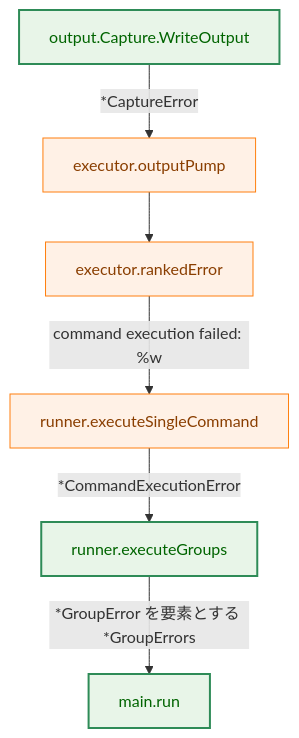
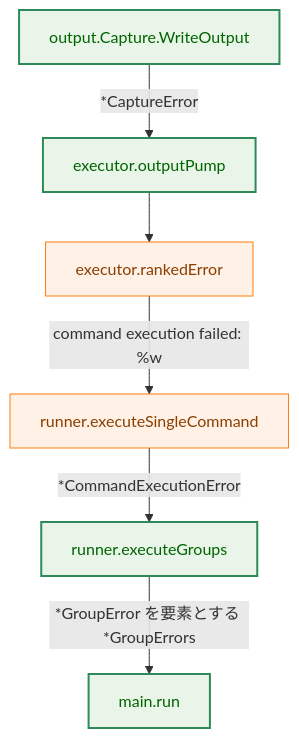
The ninth of 12 diagrams in docs/tasks/0177_multi_group_error_attribution/02_architecture.md (isseis/go-safe-cmd-runner), drawn with Mermaid before and after one commit. The commit also changed other lines of this file, not shown here.

First line of the commit message:
docs(0177): revise architecture for timeout, unlimited output, config checks

````diff
--- a/docs/tasks/0177_multi_group_error_attribution/02_architecture.md
+++ b/docs/tasks/0177_multi_group_error_attribution/02_architecture.md
@@ -467,14 +542,14 @@
 ```mermaid
 flowchart TD
     classDef enhanced fill:#e8f5e8,stroke:#2e8b57,stroke-width:2px,color:#006400;
     classDef process fill:#fff1e6,stroke:#ff7f0e,stroke-width:1px,color:#8a3e00;
 
     W["output.Capture.WriteOutput"] -->|"*CaptureError"| P["executor.outputPump"]
     P --> RE["executor.rankedError"]
     RE -->|"command execution failed: %w"| SC["runner.executeSingleCommand"]
     SC -->|"*CommandExecutionError"| EG["runner.executeGroups"]
     EG -->|"*GroupError を要素とする *GroupErrors"| MAIN["main.run"]
 
-    class W,EG,MAIN enhanced
-    class P,RE,SC process
+    class W,P,EG,MAIN enhanced
+    class RE,SC process
 ```
````
